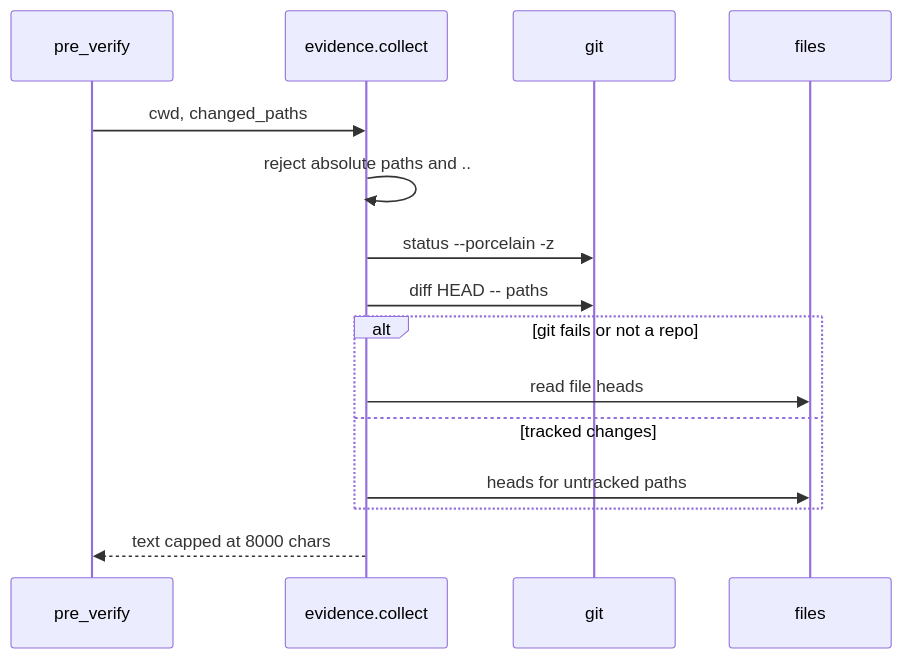
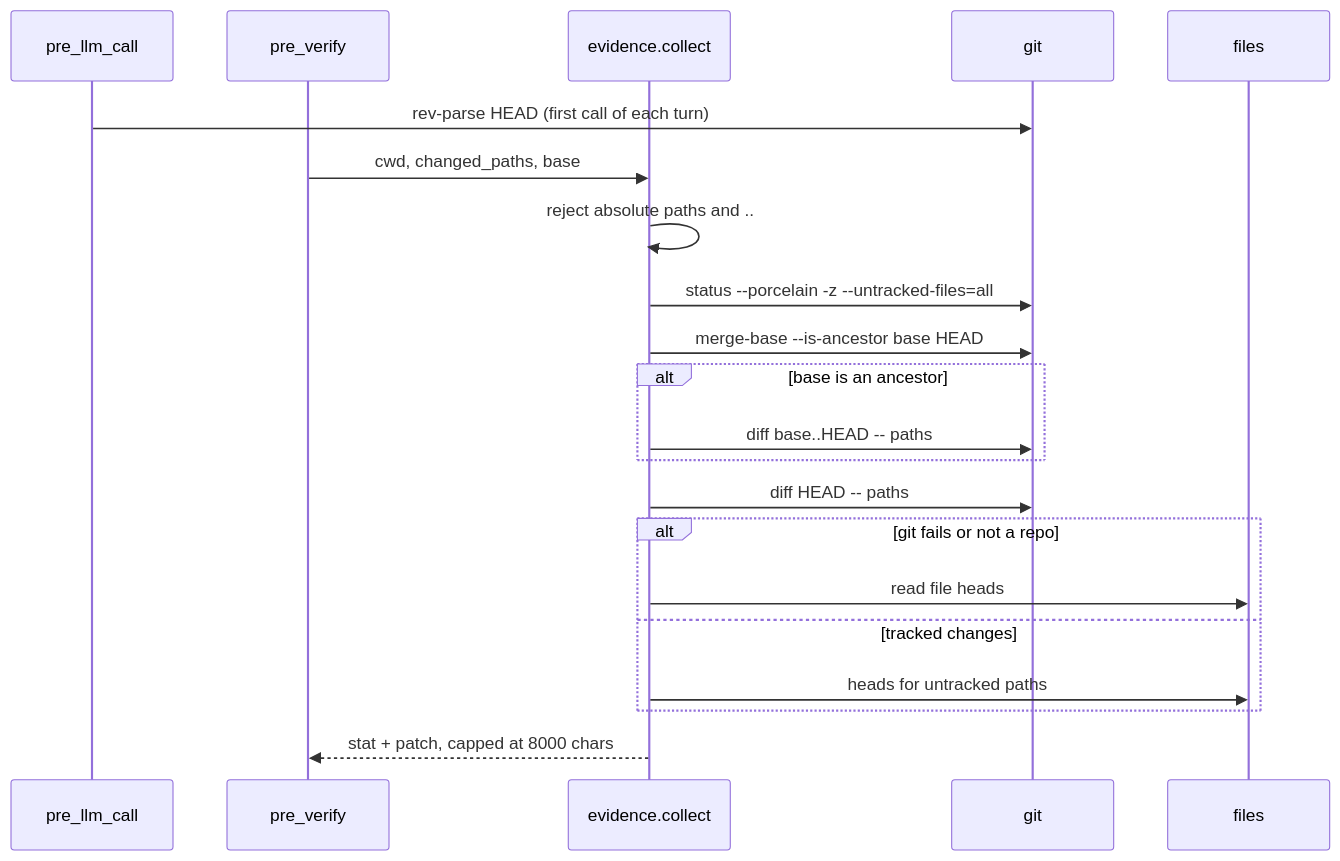
Before and after one commit to Printaga/Hermes-Coach: the second of 2 diagrams in docs/wiki/delivery-and-evidence.md, drawn with Mermaid. The commit also changed other lines of this file and 12 other files, not shown here.

````diff
--- a/docs/wiki/delivery-and-evidence.md
+++ b/docs/wiki/delivery-and-evidence.md
@@ -42,17 +43,23 @@
 ```mermaid
 sequenceDiagram
+  participant P as pre_llm_call
   participant H as pre_verify
   participant E as evidence.collect
   participant G as git
   participant F as files
-  H->>E: cwd, changed_paths
+  P->>G: rev-parse HEAD (first call of each turn)
+  H->>E: cwd, changed_paths, base
   E->>E: reject absolute paths and ..
-  E->>G: status --porcelain -z
+  E->>G: status --porcelain -z --untracked-files=all
+  E->>G: merge-base --is-ancestor base HEAD
+  alt base is an ancestor
+    E->>G: diff base..HEAD -- paths
+  end
   E->>G: diff HEAD -- paths
   alt git fails or not a repo
     E->>F: read file heads
   else tracked changes
     E->>F: heads for untracked paths
   end
-  E-->>H: text capped at 8000 chars
+  E-->>H: stat + patch, capped at 8000 chars
 ```
````
